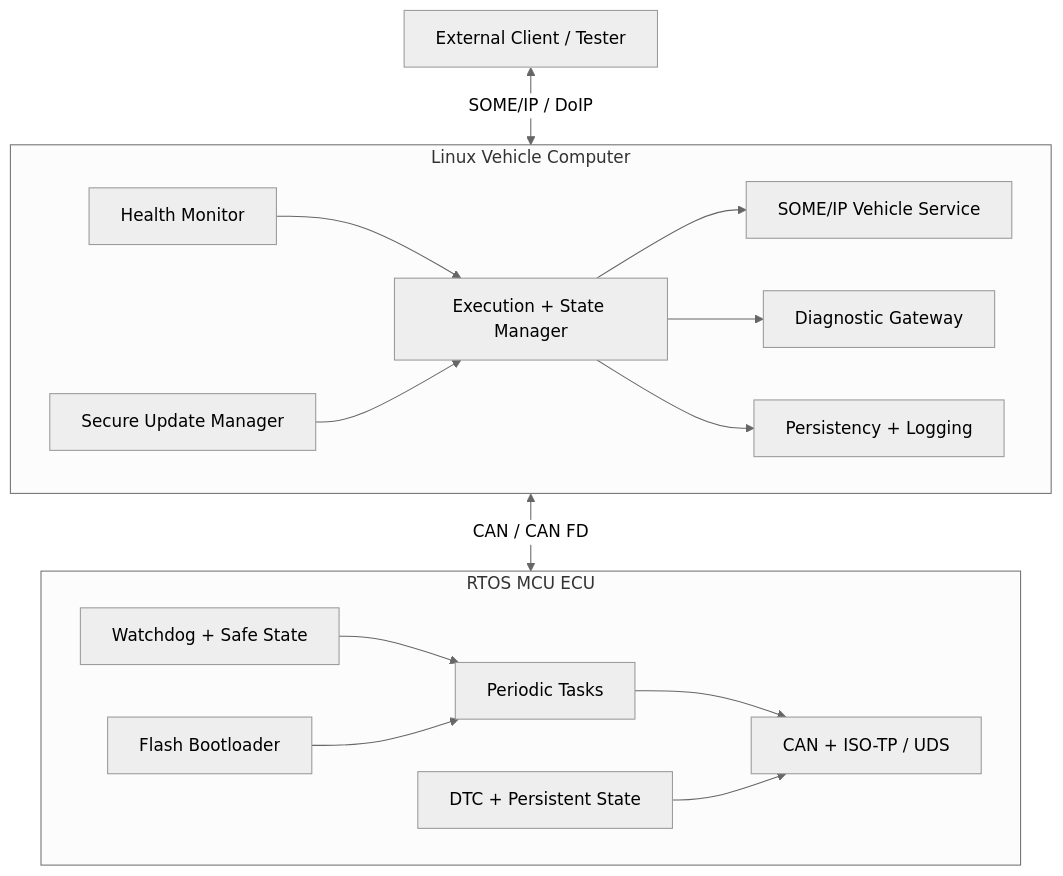
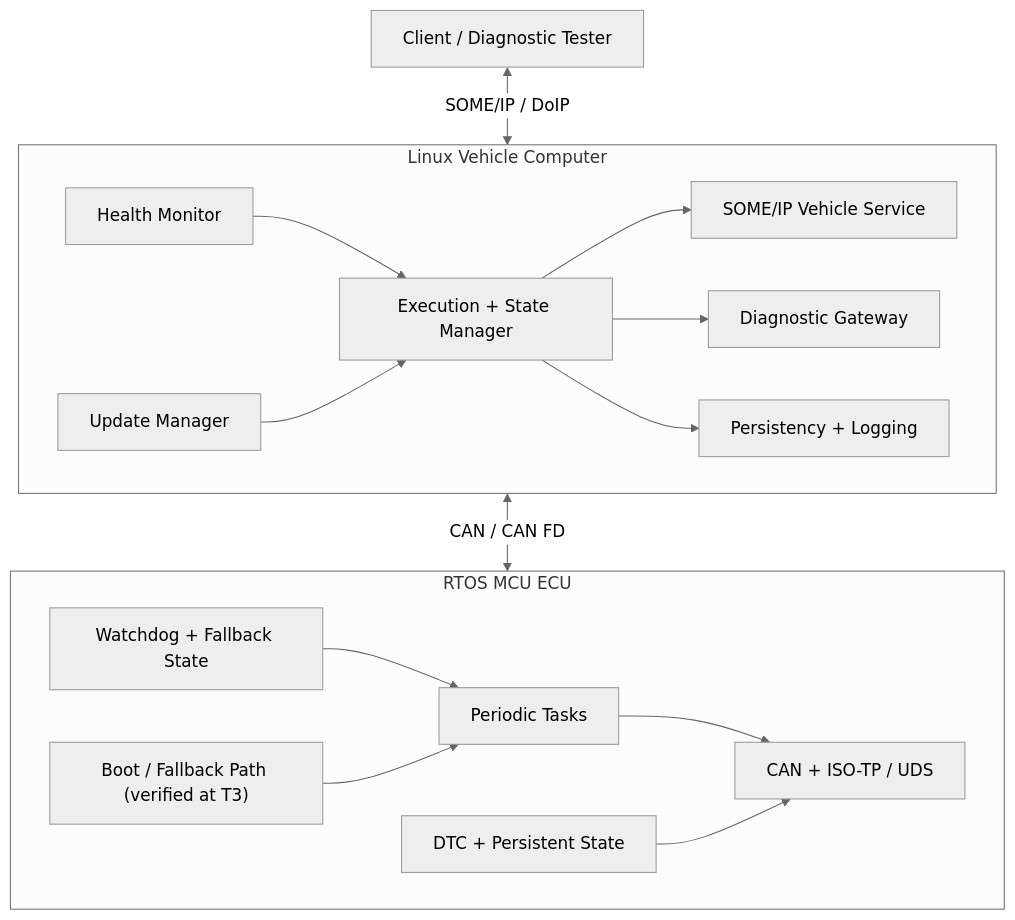
The diagram in README.md (ThePo1es/adaptive-vehicle-platform-lab), drawn with Mermaid (neutral theme) before and after one commit. The commit also changed other lines of this file and 62 other files, not shown here.

````diff
--- a/README.md
+++ b/README.md
@@ -49,33 +58,33 @@
 ```mermaid
 flowchart TB
-    Client["External Client / Tester"]
+    Client["Client / Diagnostic Tester"]
 
     subgraph Linux["Linux Vehicle Computer"]
         VSS["SOME/IP Vehicle Service"]
         DG["Diagnostic Gateway"]
         EM["Execution + State Manager"]
         HM["Health Monitor"]
-        UM["Secure Update Manager"]
+        UM["Update Manager"]
         OBS["Persistency + Logging"]
     end
 
     subgraph MCU["RTOS MCU ECU"]
         Tasks["Periodic Tasks"]
         CAN["CAN + ISO-TP / UDS"]
         DTC["DTC + Persistent State"]
-        WDG["Watchdog + Safe State"]
-        Boot["Flash Bootloader"]
+        WDG["Watchdog + Fallback State"]
+        Boot["Boot / Fallback Path (verified at T3)"]
     end
 
     Client <-->|"SOME/IP / DoIP"| Linux
     Linux <-->|"CAN / CAN FD"| MCU
     EM --> VSS
     EM --> DG
     HM --> EM
     UM --> EM
     EM --> OBS
     Tasks --> CAN
     WDG --> Tasks
     Boot --> Tasks
     DTC --> CAN
 ```
````
